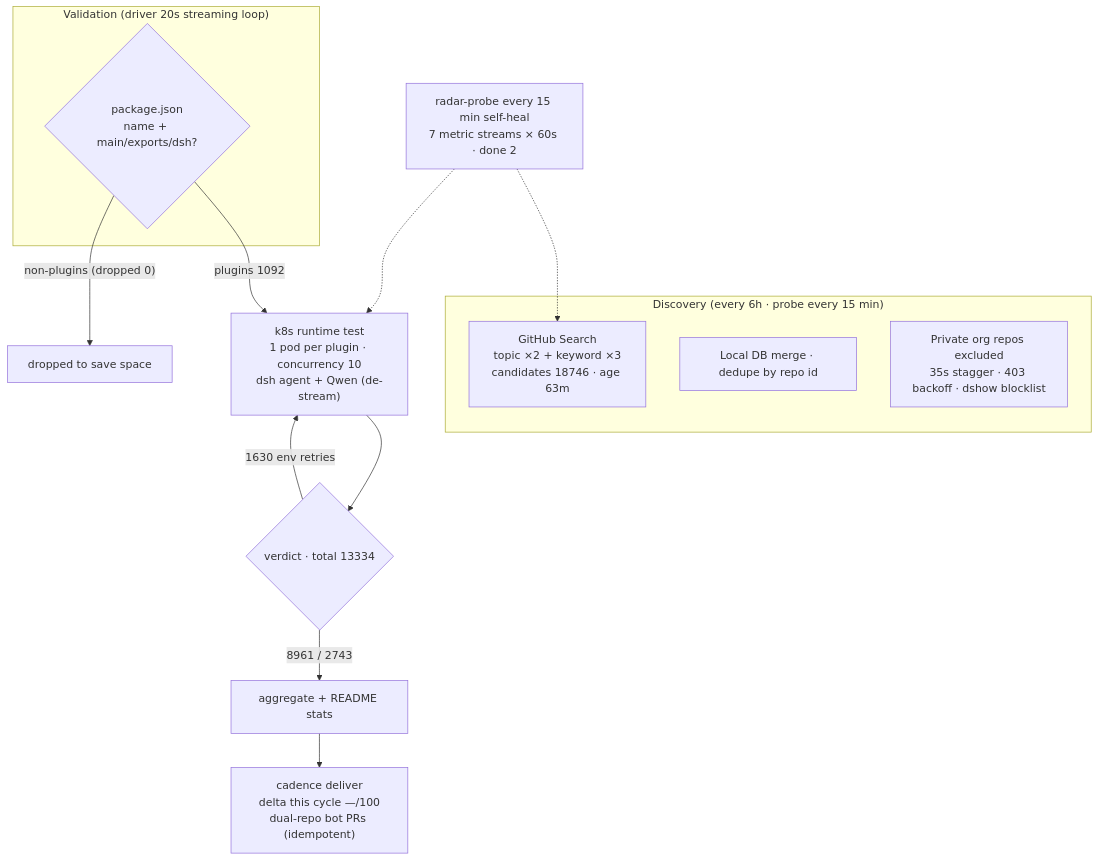
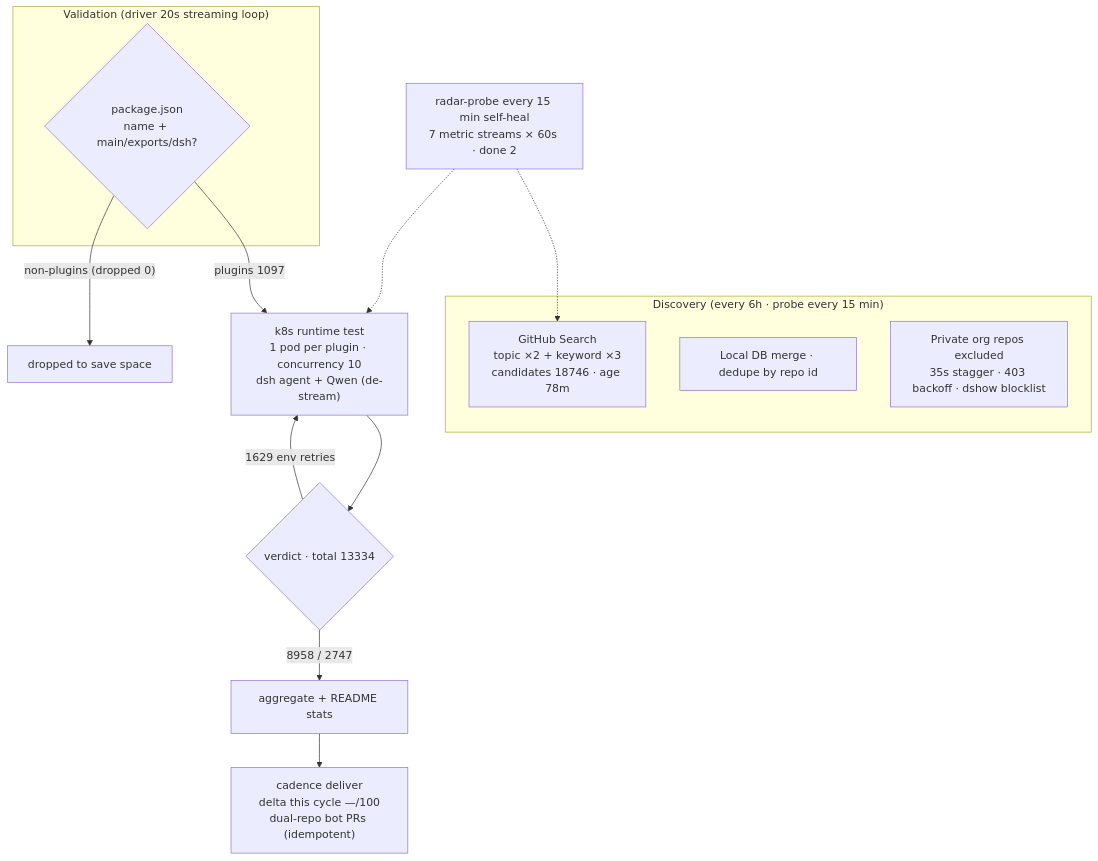
Before and after one commit to AdamPlatin123/dsh-plugin-radar: the diagram in README.en-US.md, drawn with Mermaid. The commit also changed other lines of this file and 8 other files, not shown here.

````diff
--- a/README.en-US.md
+++ b/README.en-US.md
@@ -45,20 +45,20 @@
 ```mermaid
 flowchart TB
     subgraph Discovery["Discovery (every 6h · probe every 15 min)"]
-        A1["GitHub Search<br/>topic ×2 + keyword ×3<br/>candidates 18746 · age 63m"]
+        A1["GitHub Search<br/>topic ×2 + keyword ×3<br/>candidates 18746 · age 78m"]
         A2["Local DB merge · dedupe by repo id"]
         A3["Private org repos excluded<br/>35s stagger · 403 backoff · dshow blocklist"]
     end
     subgraph Validation["Validation (driver 20s streaming loop)"]
         B1{"package.json<br/>name + main/exports/dsh?"}
     end
-    B1 -->|"plugins 1092"| C1["k8s runtime test<br/>1 pod per plugin · concurrency 10<br/>dsh agent + Qwen (de-stream)"]
+    B1 -->|"plugins 1097"| C1["k8s runtime test<br/>1 pod per plugin · concurrency 10<br/>dsh agent + Qwen (de-stream)"]
     B1 -->|"non-plugins (dropped 0)"| B3["dropped to save space"]
     C1 --> D1{"verdict · total 13334"}
-    D1 -->|"8961 / 2743"| E1["aggregate + README stats"]
-    D1 -->|"1630 env retries"| C1
+    D1 -->|"8958 / 2747"| E1["aggregate + README stats"]
+    D1 -->|"1629 env retries"| C1
     E1 --> E2["cadence deliver<br/>delta this cycle —/100<br/>dual-repo bot PRs (idempotent)"]
     M["radar-probe every 15 min self-heal<br/>7 metric streams × 60s · done 2"]
     M -.-> A1
     M -.-> C1
 ```
````
